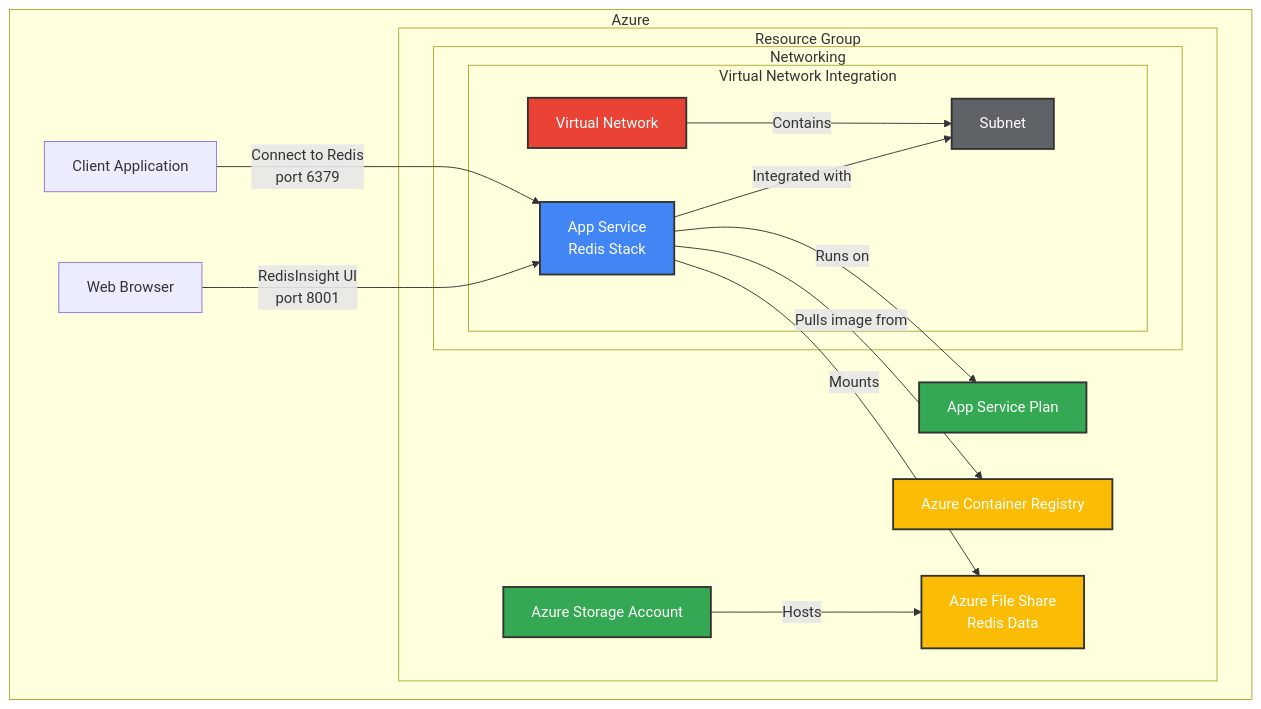
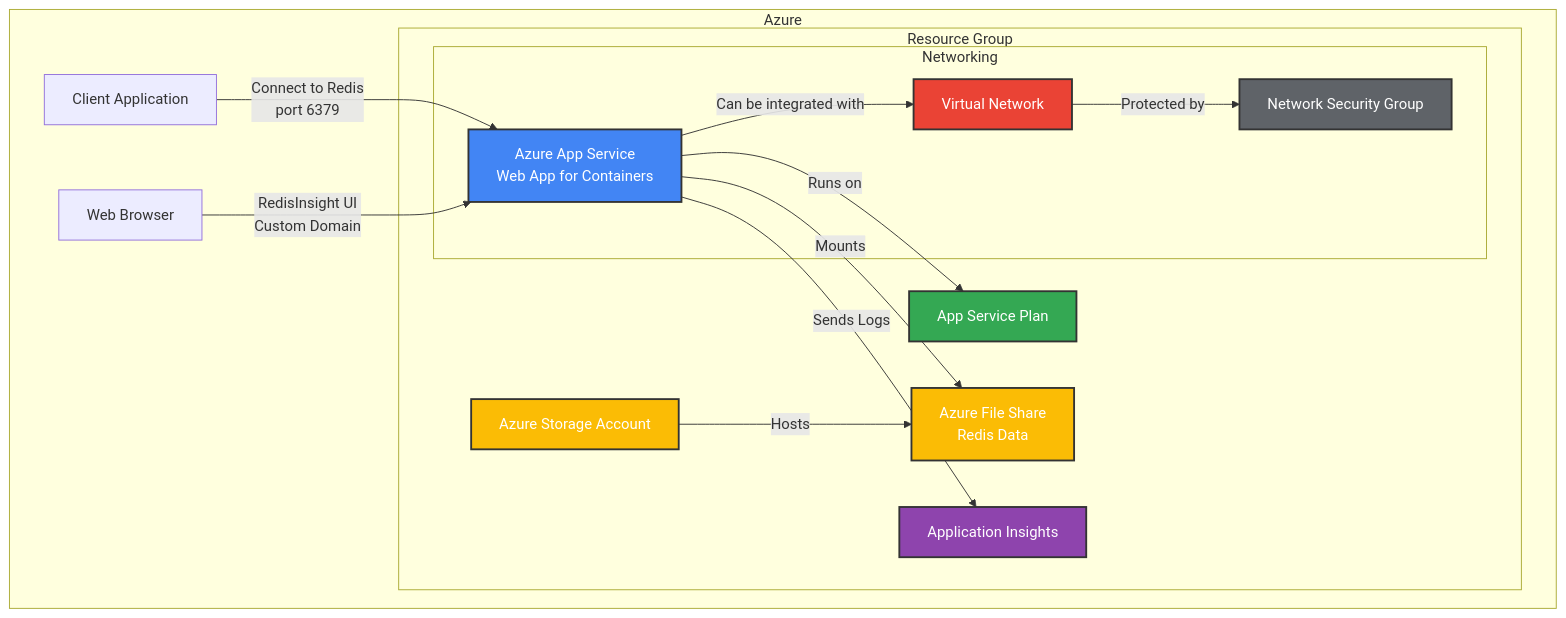
One commit to cfryerdev/azure-redis-stack-container changed the second of 4 diagrams in docs/architecture.md. Above: the diagram before and after it, drawn with Mermaid. The commit also changed other lines of this file and 12 other files, not shown here.

````diff
--- a/docs/architecture.md
+++ b/docs/architecture.md
@@ -59,37 +49,35 @@
 ```mermaid
 graph TD
     subgraph "Azure"
         subgraph "Resource Group"
-            App[App Service<br/>Redis Stack]
-            Plan[App Service Plan]
-            ACR[Azure Container Registry]
+            AppService[Azure App Service<br/>Web App for Containers]
+            AppServicePlan[App Service Plan]
             Storage[Azure Storage Account]
             FileShare[Azure File Share<br/>Redis Data]
+            AppInsights[Application Insights]
             
-            App -->|Runs on| Plan
-            App -->|Pulls image from| ACR
-            App -->|Mounts| FileShare
+            AppService -->|Runs on| AppServicePlan
+            AppService -->|Mounts| FileShare
             Storage -->|Hosts| FileShare
+            AppService -->|Sends Logs| AppInsights
             
             subgraph "Networking"
-                subgraph "Virtual Network Integration"
-                    VNet[Virtual Network]
-                    Subnet[Subnet]
-                    VNet -->|Contains| Subnet
-                    App -->|Integrated with| Subnet
-                end
+                VNET[Virtual Network]
+                NSG[Network Security Group]
+                VNET -->|Protected by| NSG
+                AppService -->|Can be integrated with| VNET
             end
         end
         
-        Client[Client Application] -->|Connect to Redis<br/>port 6379| App
-        Browser[Web Browser] -->|RedisInsight UI<br/>port 8001| App
+        Client[Client Application] -->|Connect to Redis<br/>port 6379| AppService
+        Browser[Web Browser] -->|RedisInsight UI<br/>Custom Domain| AppService
     end
     
-    style App fill:#4285F4,stroke:#333,stroke-width:2px,color:white
-    style Plan fill:#34A853,stroke:#333,stroke-width:2px,color:white
-    style ACR fill:#FBBC05,stroke:#333,stroke-width:2px,color:white
-    style Storage fill:#34A853,stroke:#333,stroke-width:2px,color:white
+    style AppService fill:#4285F4,stroke:#333,stroke-width:2px,color:white
+    style AppServicePlan fill:#34A853,stroke:#333,stroke-width:2px,color:white
+    style Storage fill:#FBBC05,stroke:#333,stroke-width:2px,color:white
     style FileShare fill:#FBBC05,stroke:#333,stroke-width:2px,color:white
-    style VNet fill:#EA4335,stroke:#333,stroke-width:2px,color:white
-    style Subnet fill:#5F6368,stroke:#333,stroke-width:2px,color:white
+    style VNET fill:#EA4335,stroke:#333,stroke-width:2px,color:white
+    style NSG fill:#5F6368,stroke:#333,stroke-width:2px,color:white
+    style AppInsights fill:#8E44AD,stroke:#333,stroke-width:2px,color:white
 ```
````
